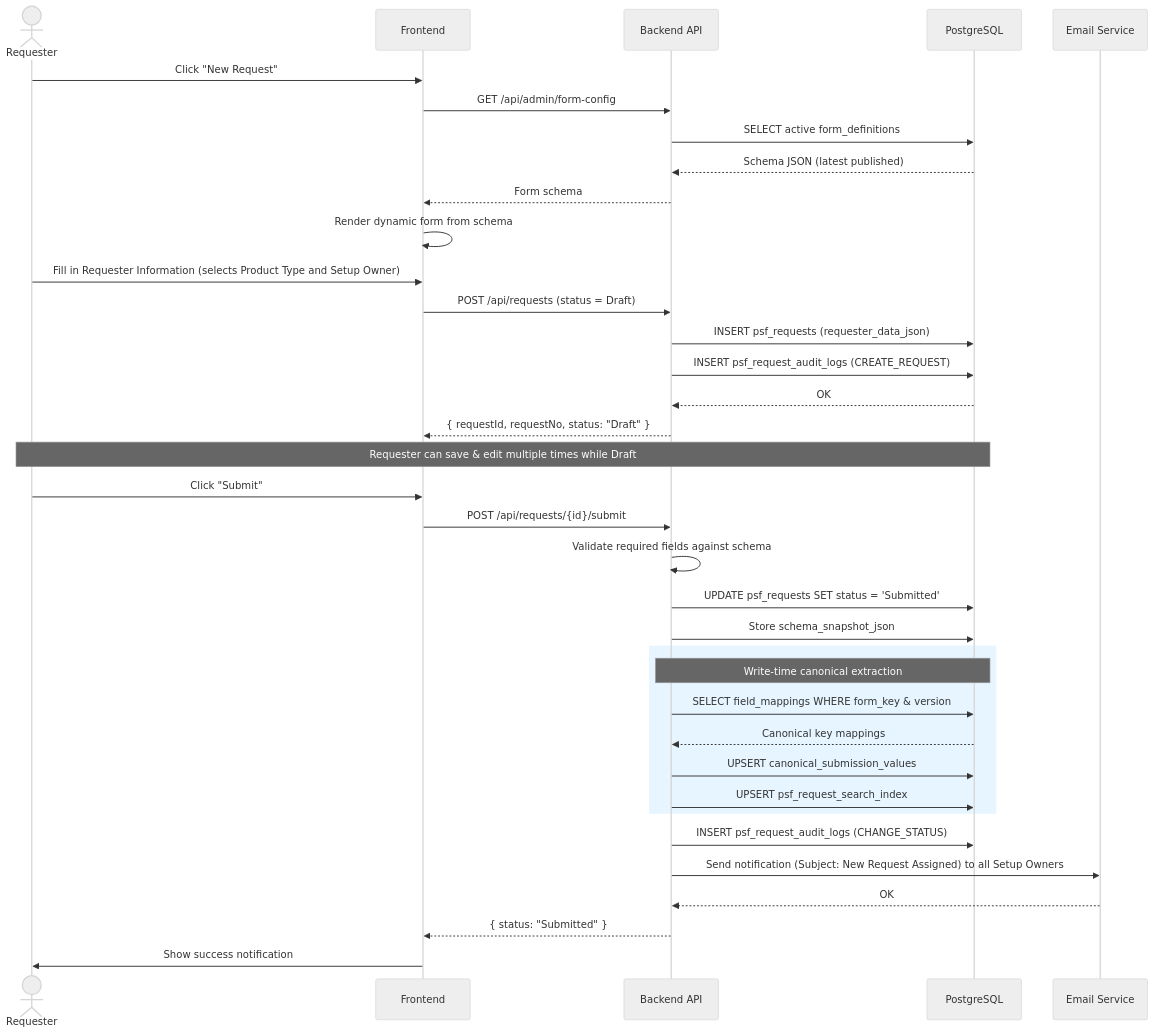
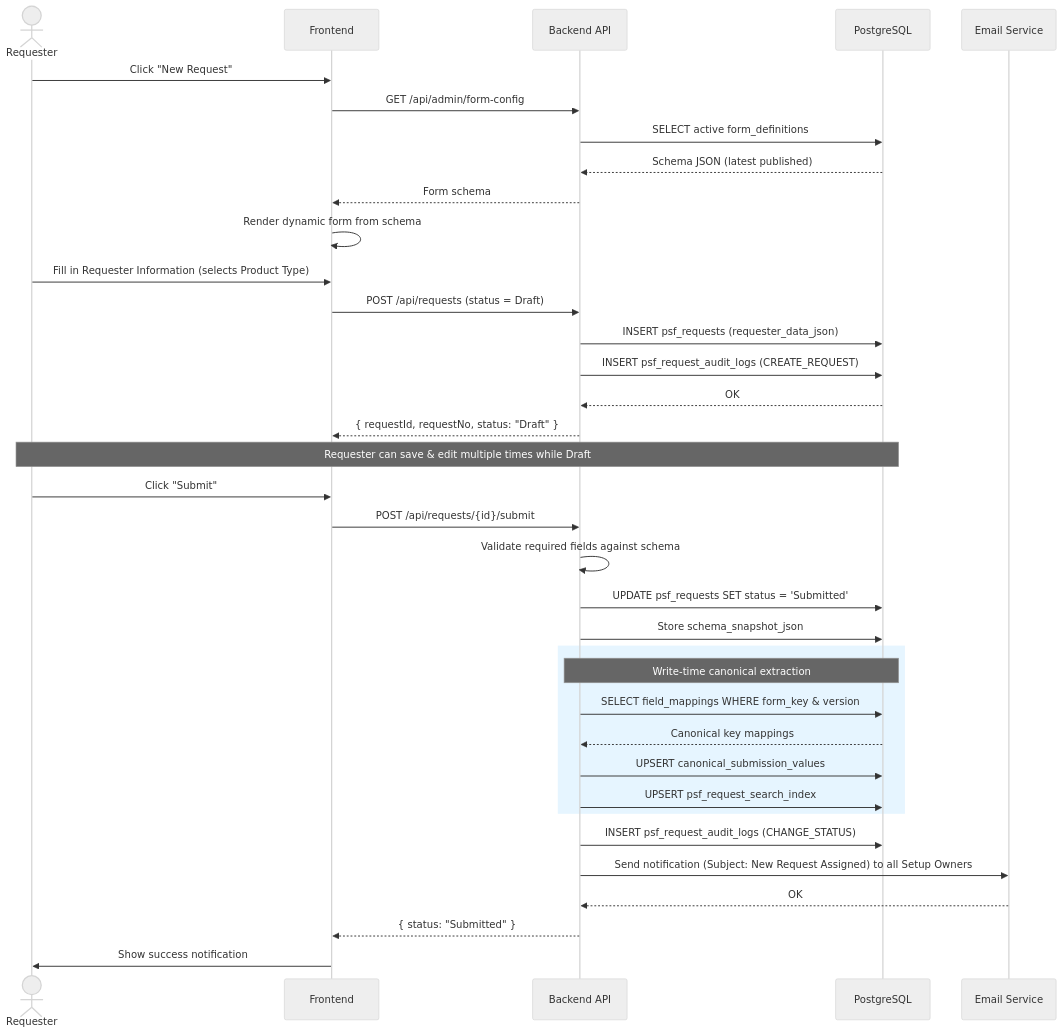
One commit to Kasidet4531/Web-Request-setup-file changed the eighth of 14 diagrams in docs/diagrams.md. Above: the diagram before and after it, drawn with Mermaid (neutral theme). The commit also changed other lines of this file and 2 other files, not shown here.

Commit message:
docs: update manual status transitions and auto owner assignment

````diff
--- a/docs/diagrams.md
+++ b/docs/diagrams.md
@@ -464,46 +464,46 @@
 ```mermaid
 sequenceDiagram
     actor Requester
     participant FE as Frontend
     participant BE as Backend API
     participant DB as PostgreSQL
     participant Email as Email Service
 
     Requester ->> FE: Click "New Request"
     FE ->> BE: GET /api/admin/form-config
     BE ->> DB: SELECT active form_definitions
     DB -->> BE: Schema JSON (latest published)
     BE -->> FE: Form schema
 
     FE ->> FE: Render dynamic form from schema
 
-    Requester ->> FE: Fill in Requester Information (selects Product Type and Setup Owner)
+    Requester ->> FE: Fill in Requester Information (selects Product Type)
     FE ->> BE: POST /api/requests (status = Draft)
     BE ->> DB: INSERT psf_requests (requester_data_json)
     BE ->> DB: INSERT psf_request_audit_logs (CREATE_REQUEST)
     DB -->> BE: OK
     BE -->> FE: { requestId, requestNo, status: "Draft" }
 
     Note over Requester, DB: Requester can save & edit multiple times while Draft
 
     Requester ->> FE: Click "Submit"
     FE ->> BE: POST /api/requests/{id}/submit
 
     BE ->> BE: Validate required fields against schema
     BE ->> DB: UPDATE psf_requests SET status = 'Submitted'
     BE ->> DB: Store schema_snapshot_json
 
     rect rgb(230, 245, 255)
         Note over BE, DB: Write-time canonical extraction
         BE ->> DB: SELECT field_mappings WHERE form_key & version
         DB -->> BE: Canonical key mappings
         BE ->> DB: UPSERT canonical_submission_values
         BE ->> DB: UPSERT psf_request_search_index
     end
 
     BE ->> DB: INSERT psf_request_audit_logs (CHANGE_STATUS)
     BE ->> Email: Send notification (Subject: New Request Assigned) to all Setup Owners
     Email -->> BE: OK
     BE -->> FE: { status: "Submitted" }
     FE ->> Requester: Show success notification
 ```
````
